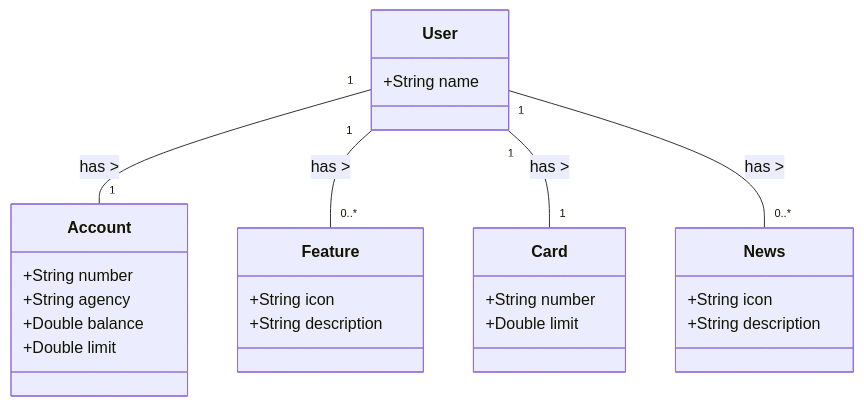
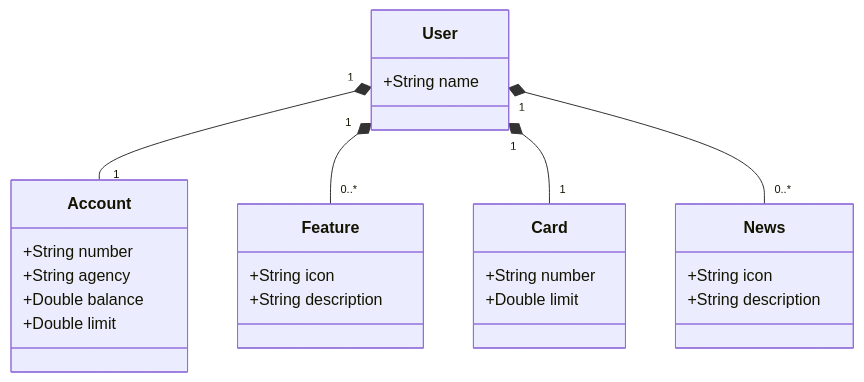
One commit to GuiFerreira11/desafio-dio-api-rest-nuvem changed the diagram in README.md. Above: the diagram before and after it, drawn with Mermaid.

Commit message:
feat: refinando o diagrama de classe

````diff
--- a/README.md
+++ b/README.md
@@ -5,29 +5,29 @@
 ```mermaid
 classDiagram
     class User {
       +String name
     }
     class Account {
       +String number
       +String agency
       +Double balance
       +Double limit
     }
     class Feature {
       +String icon
       +String description
     }
     class Card {
       +String number
       +Double limit
     }
     class News {
       +String icon
       +String description
     }
 
-    User "1" -- "1" Account : has >
-    User "1" -- "0..*" Feature : has >
-    User "1" -- "1" Card : has >
-    User "1" -- "0..*" News : has >
+    User "1" *-- "1" Account
+    User "1" *-- "0..*" Feature 
+    User "1" *-- "1" Card
+    User "1" *-- "0..*" News
 ```
````
